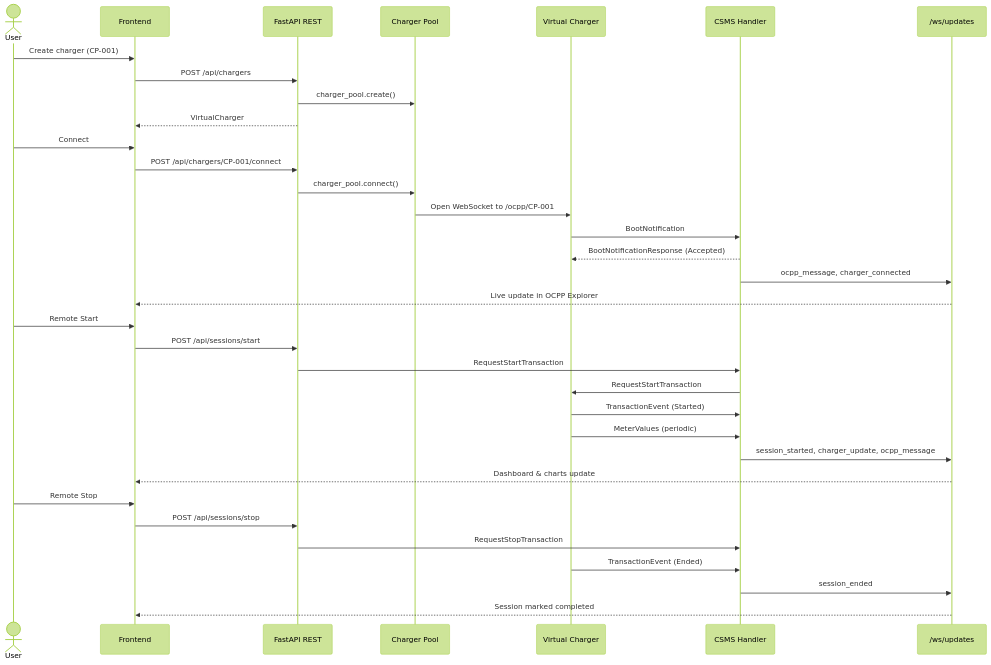
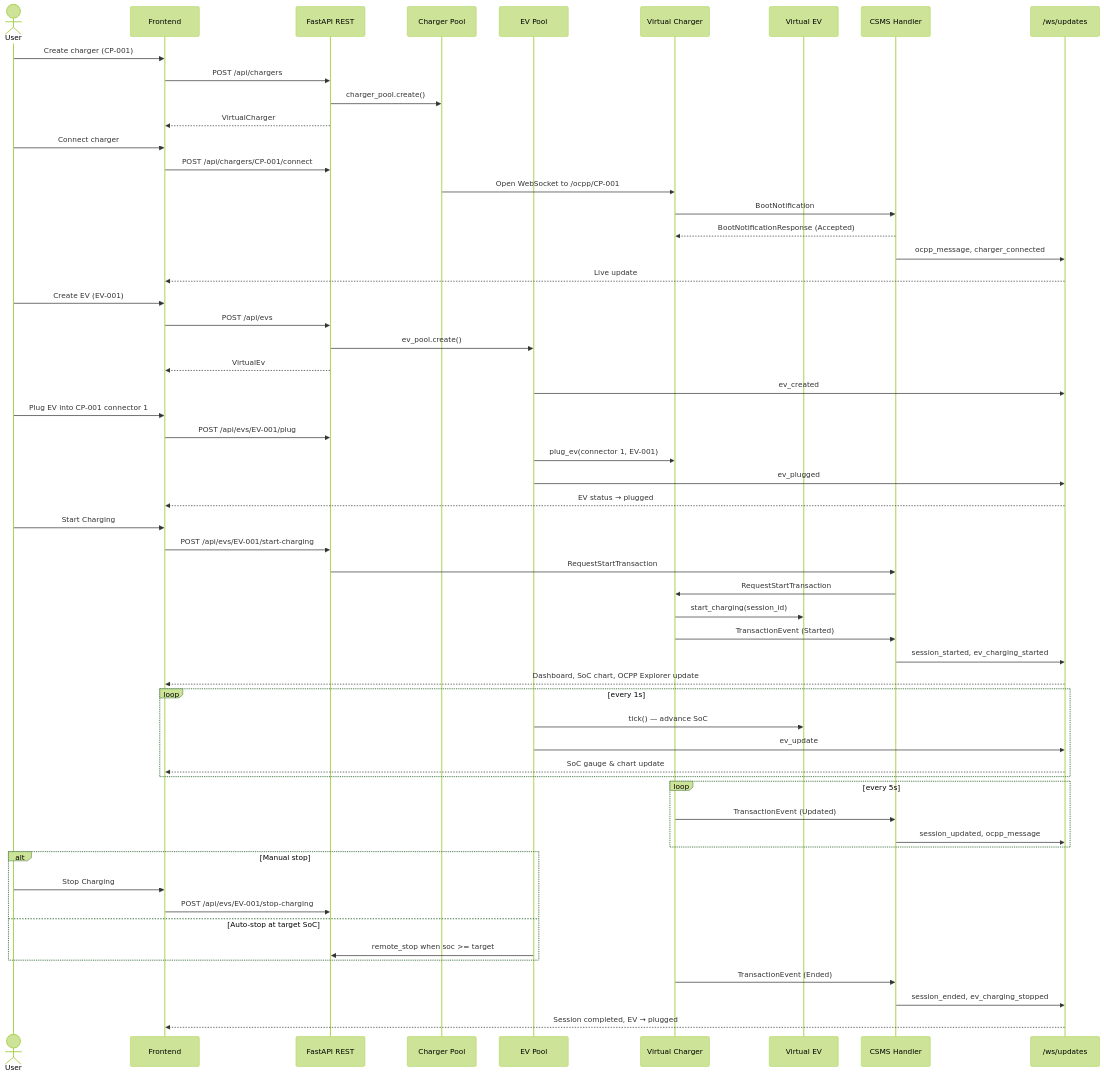
Before and after one commit to Shriyansh2004/EV-SIM-frontend: the third of 3 diagrams in README.md, drawn with Mermaid (forest theme). The commit also changed other lines of this file, not shown here.

````diff
--- a/README.md
+++ b/README.md
@@ -131,40 +141,67 @@
 ```mermaid
 sequenceDiagram
     actor User
     participant FE as Frontend
     participant API as FastAPI REST
     participant Pool as Charger Pool
+    participant EvPool as EV Pool
     participant CP as Virtual Charger
+    participant EV as Virtual EV
     participant CSMS as CSMS Handler
     participant WS as /ws/updates
 
     User->>FE: Create charger (CP-001)
     FE->>API: POST /api/chargers
     API->>Pool: charger_pool.create()
     API-->>FE: VirtualCharger
 
-    User->>FE: Connect
+    User->>FE: Connect charger
     FE->>API: POST /api/chargers/CP-001/connect
-    API->>Pool: charger_pool.connect()
     Pool->>CP: Open WebSocket to /ocpp/CP-001
     CP->>CSMS: BootNotification
     CSMS-->>CP: BootNotificationResponse (Accepted)
     CSMS->>WS: ocpp_message, charger_connected
-    WS-->>FE: Live update in OCPP Explorer
+    WS-->>FE: Live update
 
-    User->>FE: Remote Start
-    FE->>API: POST /api/sessions/start
+    User->>FE: Create EV (EV-001)
+    FE->>API: POST /api/evs
+    API->>EvPool: ev_pool.create()
+    API-->>FE: VirtualEv
+    EvPool->>WS: ev_created
+
+    User->>FE: Plug EV into CP-001 connector 1
+    FE->>API: POST /api/evs/EV-001/plug
+    EvPool->>CP: plug_ev(connector 1, EV-001)
+    EvPool->>WS: ev_plugged
+    WS-->>FE: EV status → plugged
+
+    User->>FE: Start Charging
+    FE->>API: POST /api/evs/EV-001/start-charging
     API->>CSMS: RequestStartTransaction
     CSMS->>CP: RequestStartTransaction
+    CP->>EV: start_charging(session_id)
     CP->>CSMS: TransactionEvent (Started)
-    CP->>CSMS: MeterValues (periodic)
-    CSMS->>WS: session_started, charger_update, ocpp_message
-    WS-->>FE: Dashboard & charts update
+    CSMS->>WS: session_started, ev_charging_started
+    WS-->>FE: Dashboard, SoC chart, OCPP Explorer update
 
-    User->>FE: Remote Stop
-    FE->>API: POST /api/sessions/stop
-    API->>CSMS: RequestStopTransaction
+    loop every 1s
+        EvPool->>EV: tick() — advance SoC
+        EvPool->>WS: ev_update
+        WS-->>FE: SoC gauge & chart update
+    end
+
+    loop every 5s
+        CP->>CSMS: TransactionEvent (Updated)
+        CSMS->>WS: session_updated, ocpp_message
+    end
+
+    alt Manual stop
+        User->>FE: Stop Charging
+        FE->>API: POST /api/evs/EV-001/stop-charging
+    else Auto-stop at target SoC
+        EvPool->>API: remote_stop when soc >= target
+    end
     CP->>CSMS: TransactionEvent (Ended)
-    CSMS->>WS: session_ended
-    WS-->>FE: Session marked completed
+    CSMS->>WS: session_ended, ev_charging_stopped
+    WS-->>FE: Session completed, EV → plugged
 ```
````
